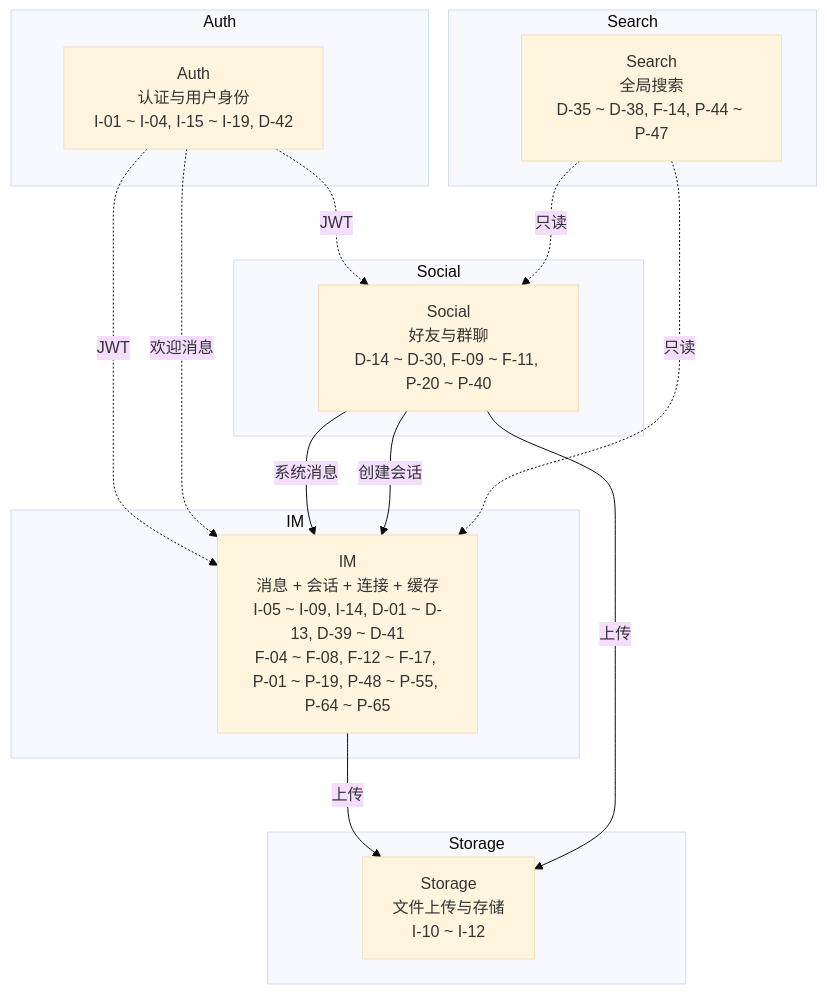
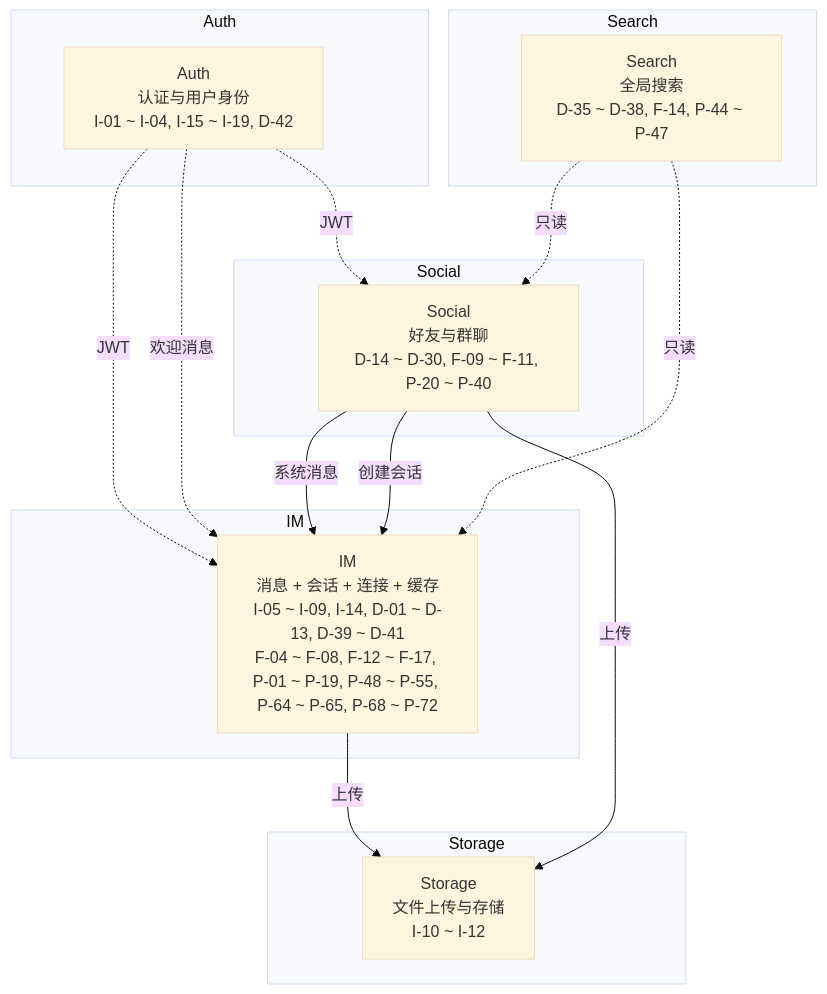
Before and after one commit to toly1994328/flash_im_by_ai: the first of 6 diagrams in docs/features/archiver/index.md, drawn with Mermaid (base theme). The commit also changed other lines of this file and 2 other files, not shown here.

````diff
--- a/docs/features/archiver/index.md
+++ b/docs/features/archiver/index.md
@@ -211,28 +216,28 @@
 ```mermaid
 graph TB
     subgraph Storage
         S[Storage<br/>文件上传与存储<br/>I-10 ~ I-12]
     end
     subgraph Auth
         A[Auth<br/>认证与用户身份<br/>I-01 ~ I-04, I-15 ~ I-19, D-42]
     end
     subgraph Search
         R[Search<br/>全局搜索<br/>D-35 ~ D-38, F-14, P-44 ~ P-47]
     end
     subgraph Social
         B[Social<br/>好友与群聊<br/>D-14 ~ D-30, F-09 ~ F-11, P-20 ~ P-40]
     end
     subgraph IM
-        M[IM<br/>消息 + 会话 + 连接 + 缓存<br/>I-05 ~ I-09, I-14, D-01 ~ D-13, D-39 ~ D-41<br/>F-04 ~ F-08, F-12 ~ F-17, P-01 ~ P-19, P-48 ~ P-55, P-64 ~ P-65]
+        M[IM<br/>消息 + 会话 + 连接 + 缓存<br/>I-05 ~ I-09, I-14, D-01 ~ D-13, D-39 ~ D-41<br/>F-04 ~ F-08, F-12 ~ F-17, P-01 ~ P-19, P-48 ~ P-55, P-64 ~ P-65, P-68 ~ P-72]
     end
 
     A -.->|JWT| M
     A -.->|JWT| B
     A -.->|欢迎消息| M
     B -->|系统消息| M
     B -->|创建会话| M
     R -.->|只读| M
     R -.->|只读| B
     M -->|上传| S
     B -->|上传| S
 ```
````
